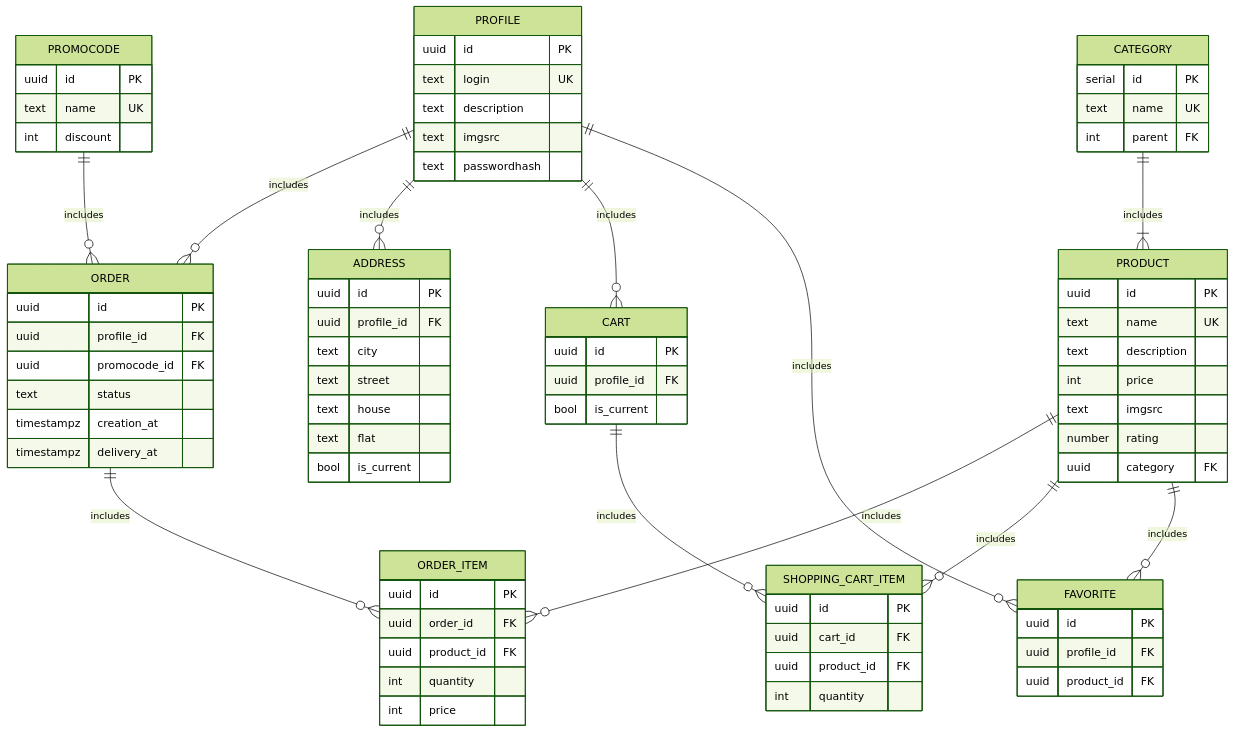
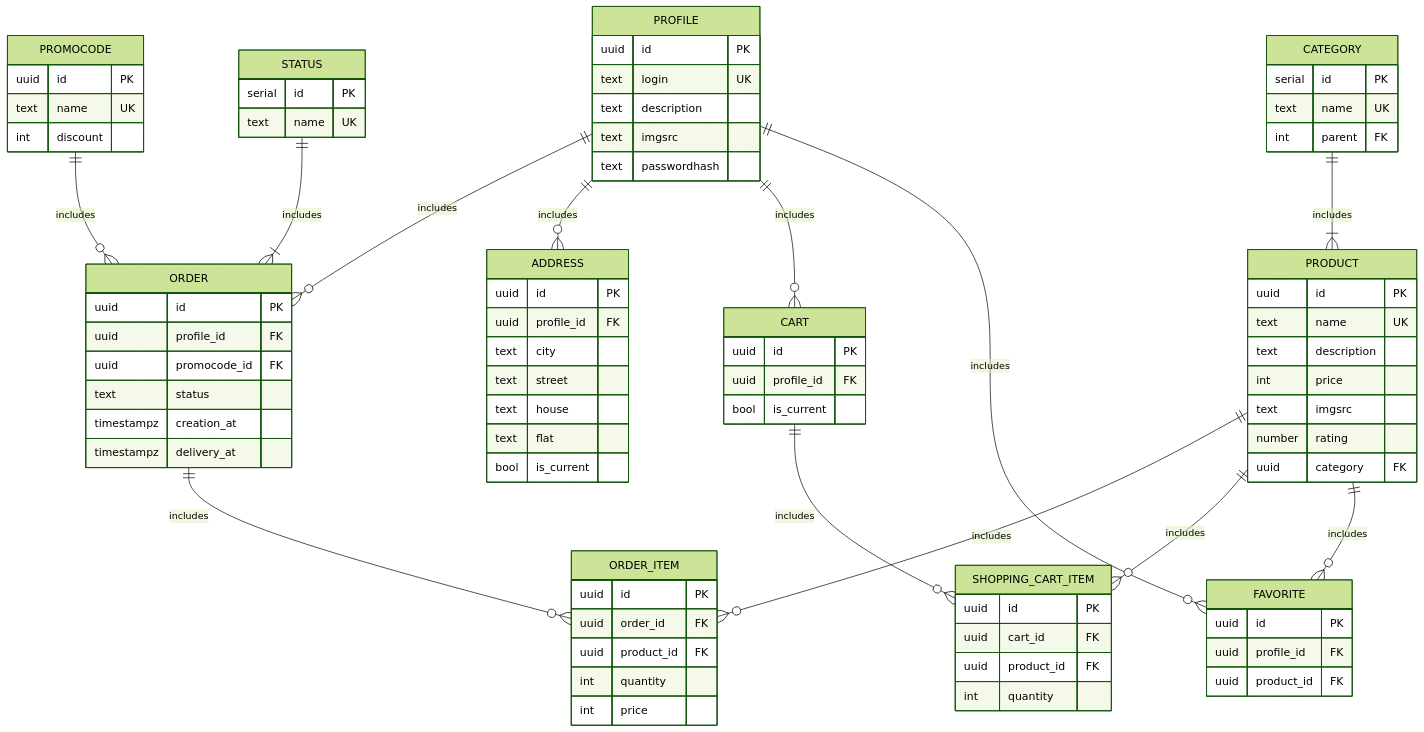
Before and after one commit to go-park-mail-ru/2023_2_potatiki: the diagram in db/normalized/relations.md, drawn with Mermaid (forest theme). The commit also changed other lines of this file, not shown here.

```diff
--- a/db/normalized/relations.md
+++ b/db/normalized/relations.md
@@ -95,6 +89,7 @@
   PRODUCT ||--o{ ORDER_ITEM: includes
   PRODUCT ||--o{ SHOPPING_CART_ITEM : includes
   CATEGORY ||--|{ PRODUCT : includes
+  STATUS ||--|{ ORDER : includes
   PRODUCT ||--o{ FAVORITE : includes
   CART ||--o{ SHOPPING_CART_ITEM : includes
 
@@ -129,6 +124,11 @@
     text status
     timestampz creation_at
     timestampz delivery_at
+  }
+
+  STATUS {
+    serial id PK
+    text name UK
   }
 
   ORDER_ITEM {
```
